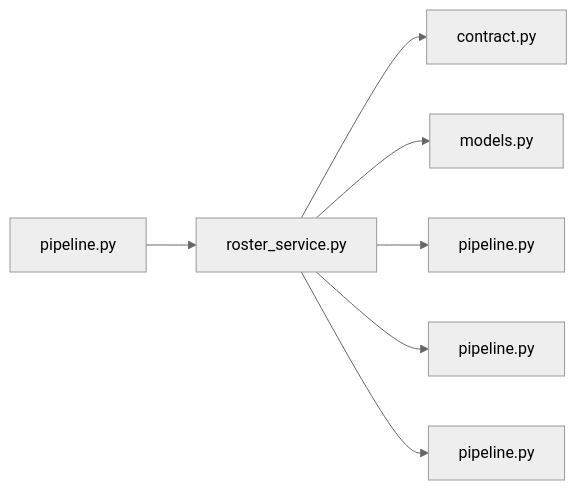
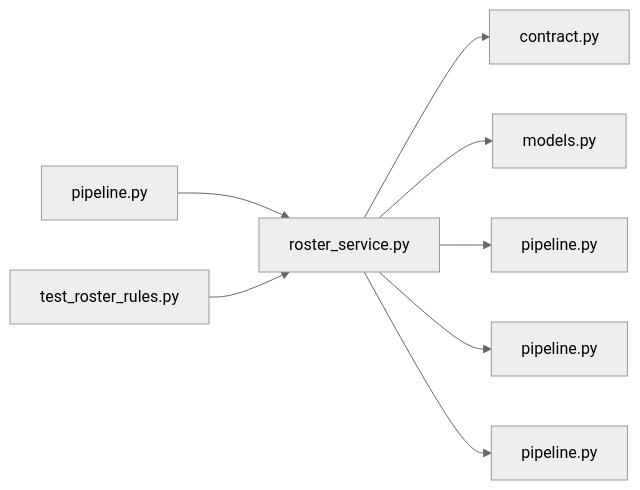
The diagram in .cluedoc/graph/backend/src/backend/services/roster/roster_service.md (minkong-dev/Banblit), drawn with Mermaid (neutral theme) before and after one commit. The commit also changed other lines of this file and 33 other files, not shown here.

First line of the commit message:
backend: trim rationale from feature docstrings, fix stale comments and add service rule tests

````diff
--- a/.cluedoc/graph/backend/src/backend/services/roster/roster_service.md
+++ b/.cluedoc/graph/backend/src/backend/services/roster/roster_service.md
@@ -10,10 +10,11 @@
 ```mermaid
 flowchart LR
   backend_src_backend_services_roster_roster_service["roster_service.py"]
   backend_src_backend_services_roster_roster_service --> backend_src_backend_contract["contract.py"]
   backend_src_backend_services_roster_roster_service --> backend_src_backend_db_models["models.py"]
   backend_src_backend_services_roster_roster_service --> backend_src_backend_db_pipeline["pipeline.py"]
   backend_src_backend_services_roster_roster_service --> backend_src_backend_services_permission_pipeline["pipeline.py"]
   backend_src_backend_services_roster_roster_service --> backend_src_backend_services_validation_pipeline["pipeline.py"]
   backend_src_backend_services_roster_pipeline["pipeline.py"] --> backend_src_backend_services_roster_roster_service
+  backend_tests_unit_test_roster_rules["test_roster_rules.py"] --> backend_src_backend_services_roster_roster_service
 ```
````
